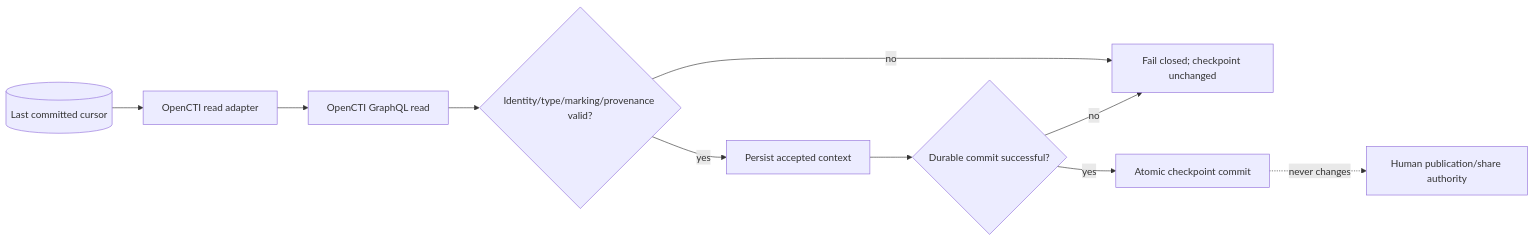
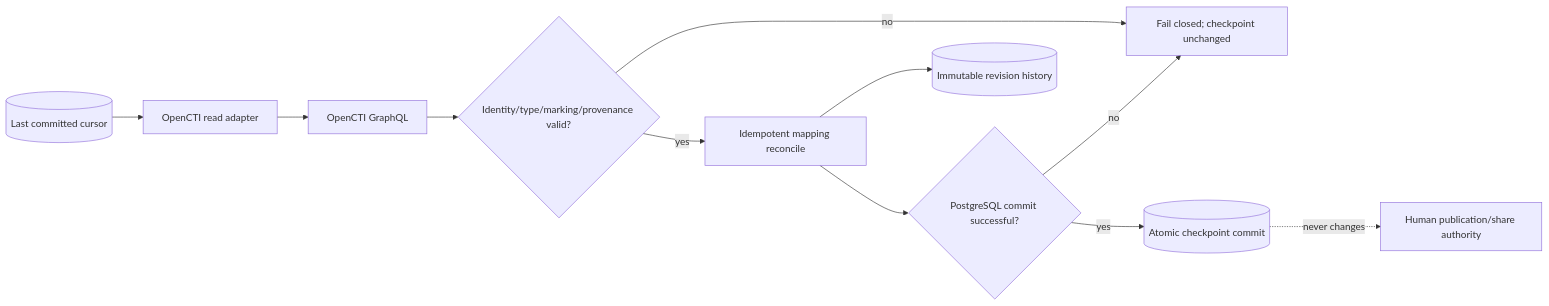
The diagram in docs/operations/OPENCTI_INTEGRATION_RUNBOOK.md (GJvManen/dtmo), drawn with Mermaid before and after one commit. The commit also changed other lines of this file, not shown here.

Commit message:
Phase 11.4: operationalize OpenCTI persistence ordering

````diff
--- a/docs/operations/OPENCTI_INTEGRATION_RUNBOOK.md
+++ b/docs/operations/OPENCTI_INTEGRATION_RUNBOOK.md
@@ -41,12 +35,13 @@
 ```mermaid
 flowchart LR
     C[(Last committed cursor)] --> A[OpenCTI read adapter]
-    A --> O[OpenCTI GraphQL read]
+    A --> O[OpenCTI GraphQL]
     O --> V{Identity/type/marking/provenance valid?}
     V -->|no| X[Fail closed; checkpoint unchanged]
-    V -->|yes| P[Persist accepted context]
-    P --> K{Durable commit successful?}
-    K -->|no| X
-    K -->|yes| N[Atomic checkpoint commit]
+    V -->|yes| M[Idempotent mapping reconcile]
+    M --> R[(Immutable revision history)]
+    M --> D{PostgreSQL commit successful?}
+    D -->|no| X
+    D -->|yes| N[(Atomic checkpoint commit)]
     N -. never changes .-> S[Human publication/share authority]
 ```
````
